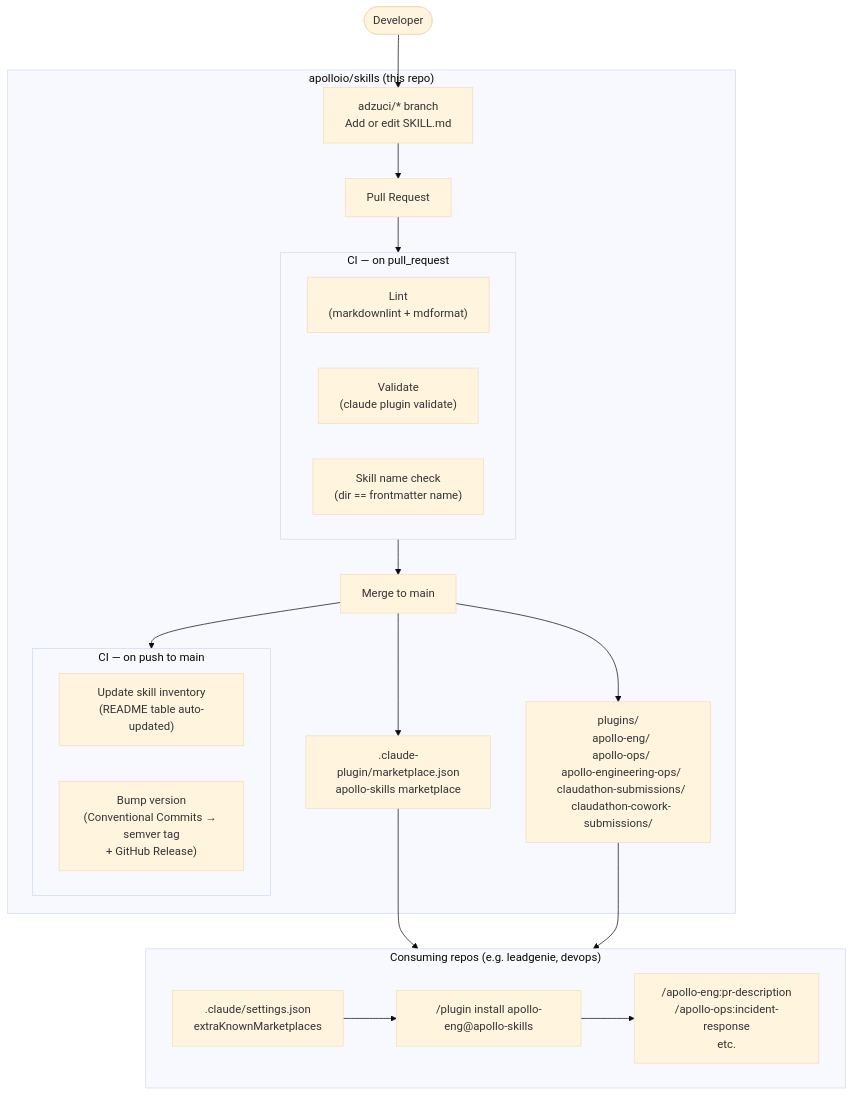
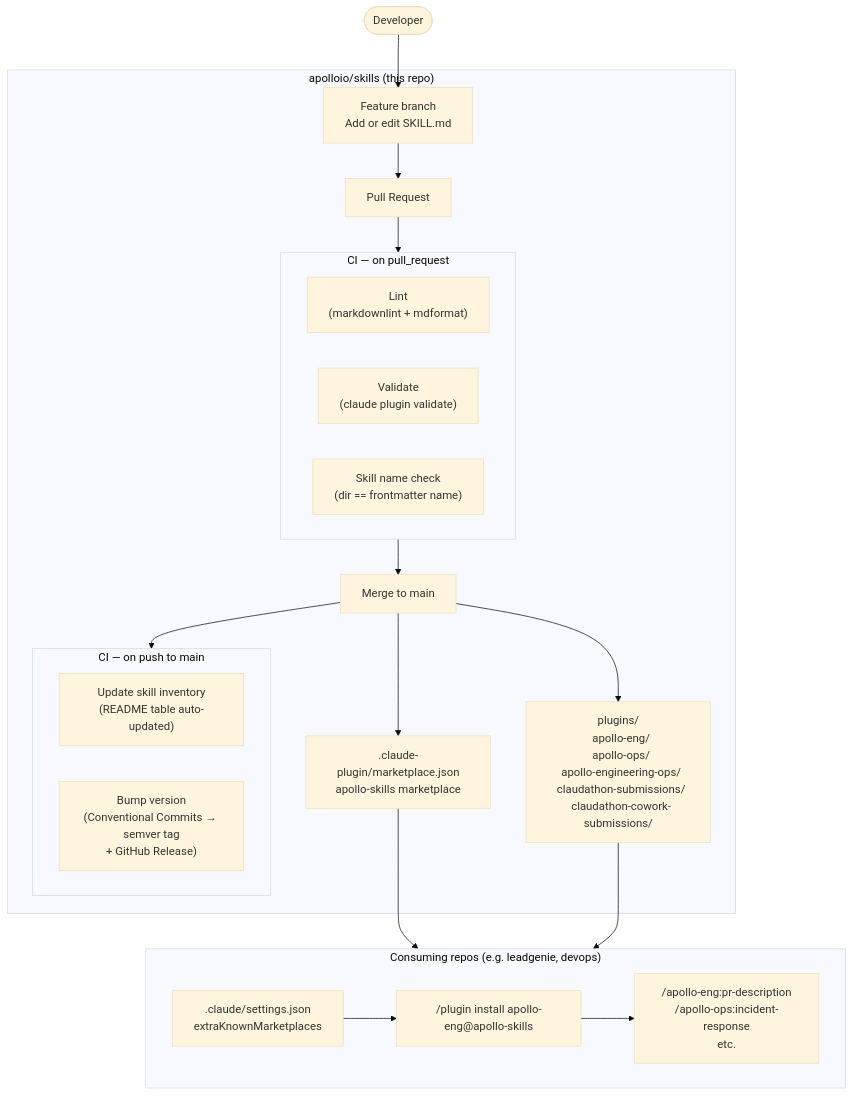
One commit to adzuci/claude-plugins changed the diagram in README.md. Above: the diagram before and after it, drawn with Mermaid (base theme). The commit also changed other lines of this file and 5 other files, not shown here.

````diff
--- a/README.md
+++ b/README.md
@@ -9,39 +9,39 @@
 ```mermaid
 flowchart TD
     dev([Developer])
 
     subgraph repo["apolloio/skills (this repo)"]
-        branch["adzuci/* branch\nAdd or edit SKILL.md"]
+        branch["Feature branch\nAdd or edit SKILL.md"]
         pr["Pull Request"]
 
         subgraph ci_pr["CI — on pull_request"]
             lint["Lint\n(markdownlint + mdformat)"]
             validate["Validate\n(claude plugin validate)"]
             namecheck["Skill name check\n(dir == frontmatter name)"]
         end
 
         merge["Merge to main"]
 
         subgraph ci_main["CI — on push to main"]
             inventory["Update skill inventory\n(README table auto-updated)"]
             bump["Bump version\n(Conventional Commits → semver tag\n+ GitHub Release)"]
         end
 
         marketplace[".claude-plugin/marketplace.json\napollo-skills marketplace"]
         plugins["plugins/\n  apollo-eng/\n  apollo-ops/\n  apollo-engineering-ops/\n  claudathon-submissions/\n  claudathon-cowork-submissions/"]
     end
 
     subgraph consumers["Consuming repos (e.g. leadgenie, devops)"]
         settings[".claude/settings.json\nextraKnownMarketplaces"]
         install["/plugin install apollo-eng@apollo-skills"]
         skill["/apollo-eng:pr-description\n/apollo-ops:incident-response\netc."]
     end
 
     dev --> branch --> pr --> ci_pr
     ci_pr --> merge --> ci_main
     merge --> marketplace
     merge --> plugins
     marketplace --> consumers
     plugins --> consumers
     settings --> install --> skill
 ```
````
